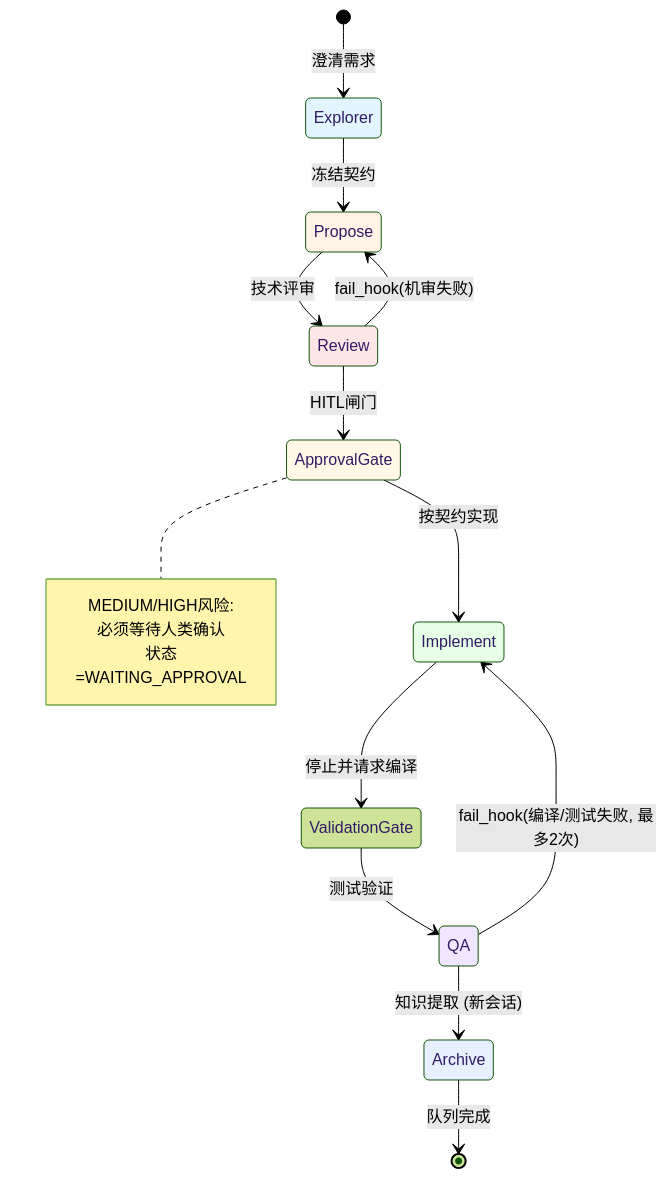
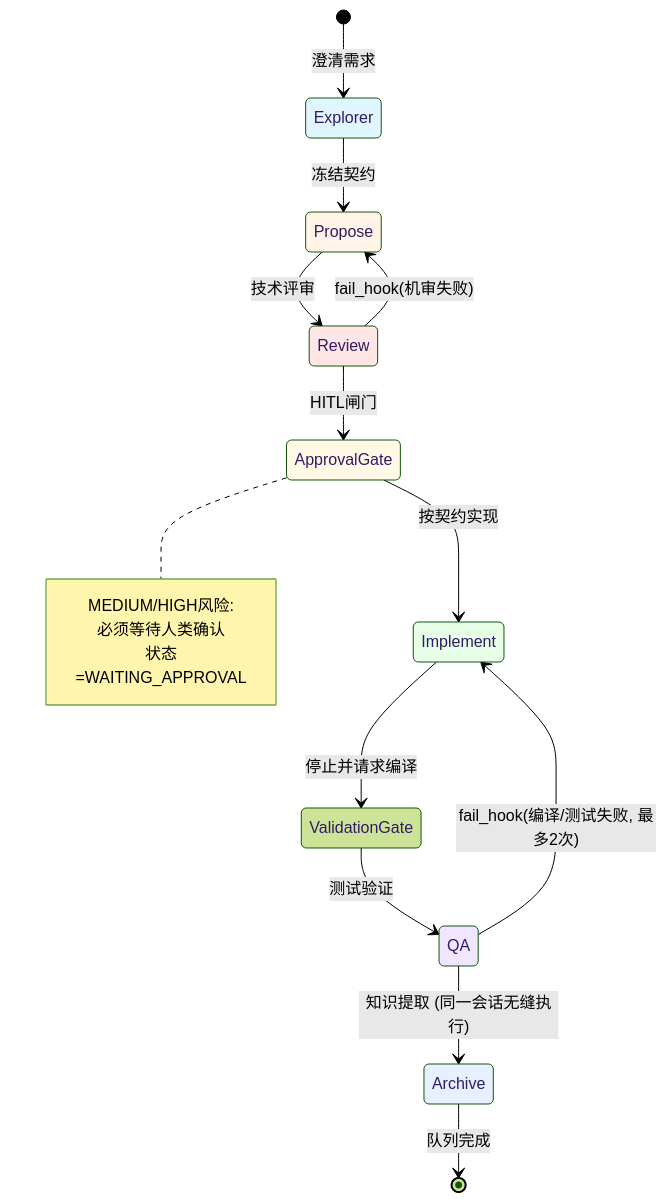
One commit to listener-He/java-harness-agent changed the second of 5 diagrams in README_zh.md. Above: the diagram before and after it, drawn with Mermaid (forest theme). The commit also changed other lines of this file and 4 other files, not shown here.

````diff
--- a/README_zh.md
+++ b/README_zh.md
@@ -306,29 +308,29 @@
 ```mermaid
 stateDiagram-v2
     [*] --> Explorer: 澄清需求
     Explorer --> Propose: 冻结契约
     Propose --> Review: 技术评审
     Review --> ApprovalGate: HITL闸门
     ApprovalGate --> Implement: 按契约实现
     Implement --> ValidationGate: 停止并请求编译
     ValidationGate --> QA: 测试验证
-    QA --> Archive: 知识提取 (新会话)
+    QA --> Archive: 知识提取 (同一会话无缝执行)
     Archive --> [*]: 队列完成
     
     Review --> Propose: fail_hook(机审失败)
     QA --> Implement: fail_hook(编译/测试失败, 最多2次)
     
     note right of ApprovalGate
         MEDIUM/HIGH风险:
         必须等待人类确认
         状态=WAITING_APPROVAL
     end note
     
     style Explorer fill:#e1f5ff
     style Propose fill:#fff4e6
     style Review fill:#ffe6e6
     style ApprovalGate fill:#fff9e6
     style Implement fill:#e6ffe6
     style QA fill:#f0e6ff
     style Archive fill:#e6f0ff
 ```
````
